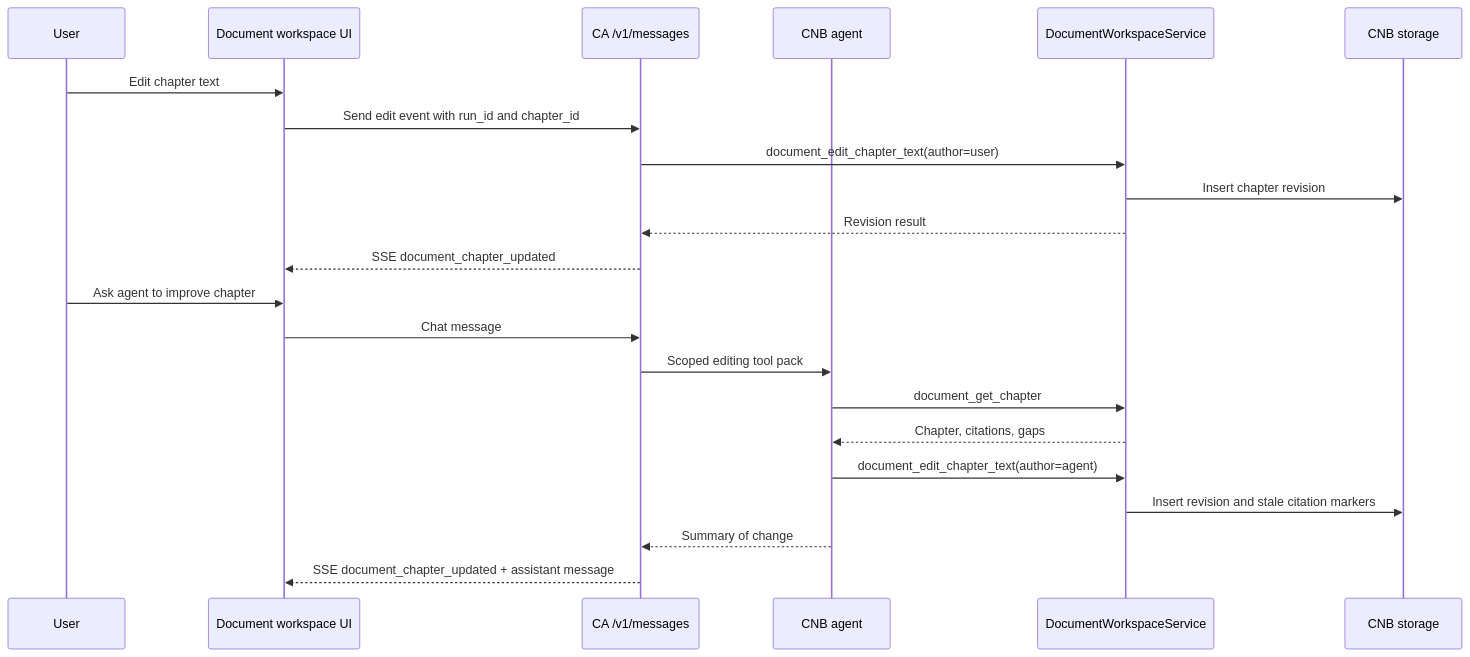
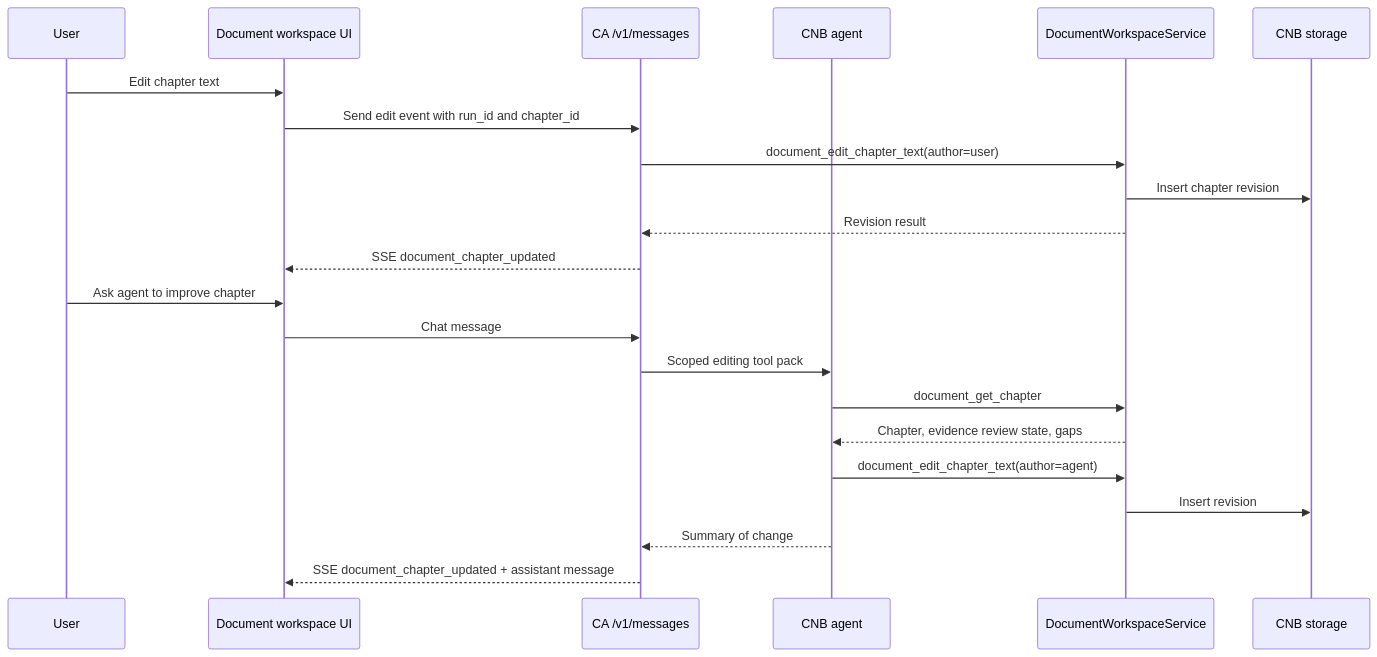
The tenth of 13 diagrams in docs/ConceptNoteBuilderArchitecture.md (Open-Earth-Foundation/CityCatalyst), drawn with Mermaid before and after one commit. The commit also changed other lines of this file, not shown here.

Commit message:
docs: clarify document workspace flow

````diff
--- a/docs/ConceptNoteBuilderArchitecture.md
+++ b/docs/ConceptNoteBuilderArchitecture.md
@@ -1249,26 +1263,26 @@
 ```mermaid
 sequenceDiagram
     participant User
     participant UI as Document workspace UI
     participant CA as CA /v1/messages
     participant Agent as CNB agent
     participant Doc as DocumentWorkspaceService
     participant DB as CNB storage
 
     User->>UI: Edit chapter text
     UI->>CA: Send edit event with run_id and chapter_id
     CA->>Doc: document_edit_chapter_text(author=user)
     Doc->>DB: Insert chapter revision
     Doc-->>CA: Revision result
     CA-->>UI: SSE document_chapter_updated
 
     User->>UI: Ask agent to improve chapter
     UI->>CA: Chat message
     CA->>Agent: Scoped editing tool pack
     Agent->>Doc: document_get_chapter
-    Doc-->>Agent: Chapter, citations, gaps
+    Doc-->>Agent: Chapter, evidence review state, gaps
     Agent->>Doc: document_edit_chapter_text(author=agent)
-    Doc->>DB: Insert revision and stale citation markers
+    Doc->>DB: Insert revision
     Agent-->>CA: Summary of change
     CA-->>UI: SSE document_chapter_updated + assistant message
 ```
````
